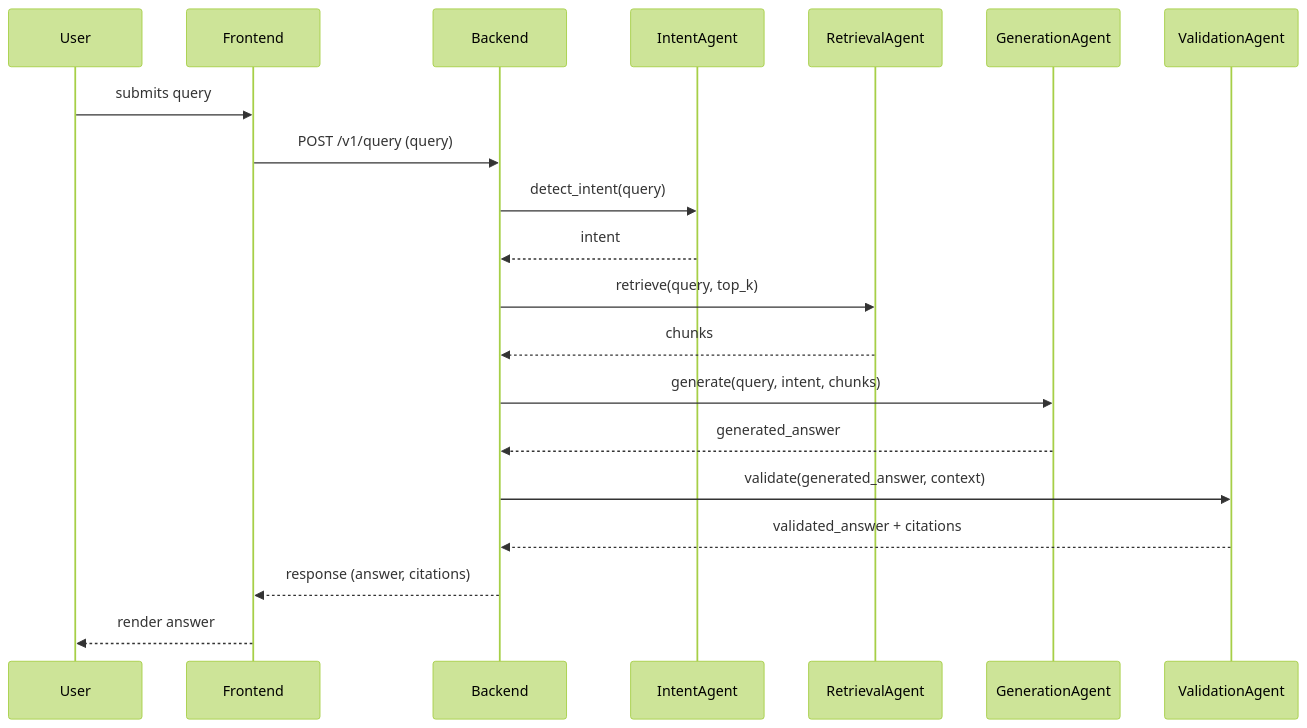
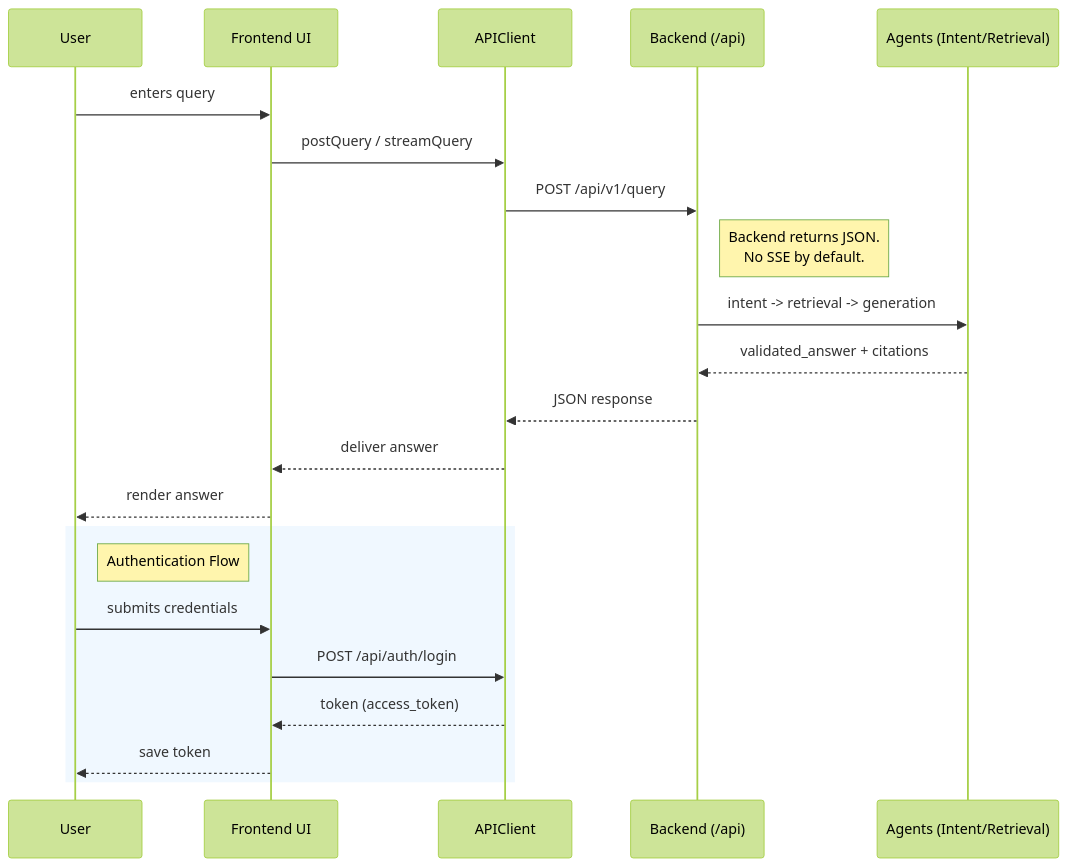
Before and after one commit to RamanKurai/SyllabiQ-Service: the diagram in docs/SEQUENCE_DIAGRAMS.mmd, drawn with Mermaid (forest theme). The commit also changed other lines of this file and 12 other files, not shown here.

````diff
--- a/docs/SEQUENCE_DIAGRAMS.mmd
+++ b/docs/SEQUENCE_DIAGRAMS.mmd
@@ -1,23 +1,28 @@
 ```mermaid
 sequenceDiagram
     participant User
-    participant Frontend
-    participant Backend
-    participant IntentAgent
-    participant RetrievalAgent
-    participant GenerationAgent
-    participant ValidationAgent
+    participant UI as Frontend UI
+    participant APIClient
+    participant Backend as Backend (/api)
+    participant Agents as Agents (Intent/Retrieval)
 
-    User->>Frontend: submits query
-    Frontend->>Backend: POST /v1/query (query)
-    Backend->>IntentAgent: detect_intent(query)
-    IntentAgent-->>Backend: intent
-    Backend->>RetrievalAgent: retrieve(query, top_k)
-    RetrievalAgent-->>Backend: chunks
-    Backend->>GenerationAgent: generate(query, intent, chunks)
-    GenerationAgent-->>Backend: generated_answer
-    Backend->>ValidationAgent: validate(generated_answer, context)
-    ValidationAgent-->>Backend: validated_answer + citations
-    Backend-->>Frontend: response (answer, citations)
-    Frontend-->>User: render answer
+    User->>UI: enters query
+    UI->>APIClient: postQuery / streamQuery
+    APIClient->>Backend: POST /api/v1/query
+
+    Note right of Backend: Backend returns JSON.<br/>No SSE by default.
+
+    Backend->>Agents: intent -> retrieval -> generation
+    Agents-->>Backend: validated_answer + citations
+    Backend-->>APIClient: JSON response
+    APIClient-->>UI: deliver answer
+    UI-->>User: render answer
+
+    rect rgb(240, 248, 255)
+        Note right of User: Authentication Flow
+        User->>UI: submits credentials
+        UI->>APIClient: POST /api/auth/login
+        APIClient-->>UI: token (access_token)
+        UI-->>User: save token
+    end
 ```
````
